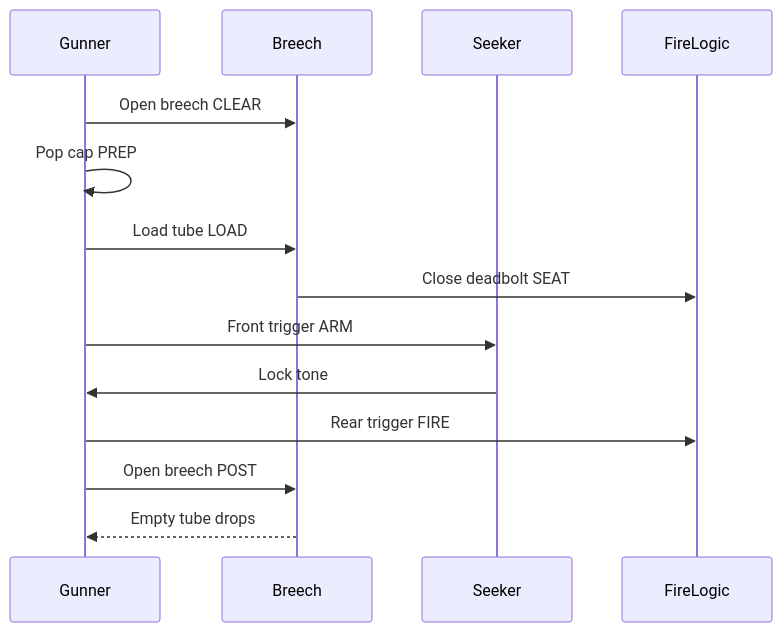
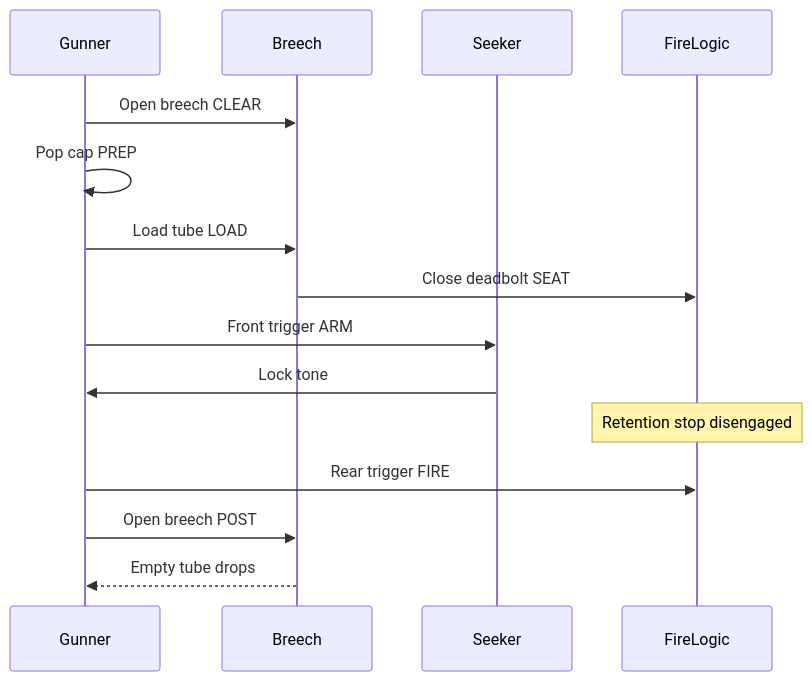
Before and after one commit to FratresMedAI/RADR-mk.60: the third of 4 diagrams in docs/06-system-description.md, drawn with Mermaid. The commit also changed other lines of this file and 23 other files, not shown here.

First line of the commit message:
RADR v1.0: retention stop, launcher concept, and safety interlocks.

````diff
--- a/docs/06-system-description.md
+++ b/docs/06-system-description.md
@@ -74,17 +75,18 @@
 ```mermaid
 sequenceDiagram
   participant G as Gunner
   participant B as Breech
   participant S as Seeker
   participant FL as FireLogic
 
   G->>B: Open breech CLEAR
   G->>G: Pop cap PREP
   G->>B: Load tube LOAD
   B->>FL: Close deadbolt SEAT
   G->>S: Front trigger ARM
   S->>G: Lock tone
+  Note over FL: Retention stop disengaged
   G->>FL: Rear trigger FIRE
   G->>B: Open breech POST
   B-->>G: Empty tube drops
 ```
````
